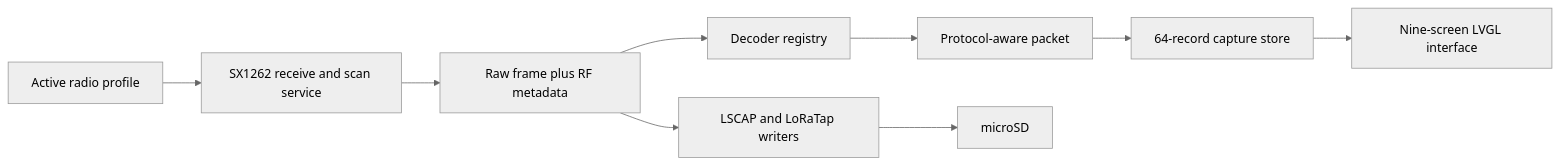
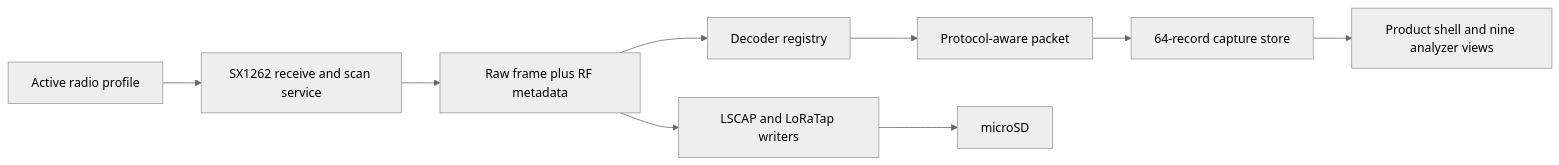
One commit to maxmoneycash/lilyshark changed the diagram in README.md. Above: the diagram before and after it, drawn with Mermaid (neutral theme). The commit also changed other lines of this file and 11 other files, not shown here.

````diff
--- a/README.md
+++ b/README.md
@@ -190,11 +277,11 @@
 ```mermaid
 flowchart LR
     A[Active radio profile] --> B[SX1262 receive and scan service]
     B --> C[Raw frame plus RF metadata]
     C --> D[Decoder registry]
     D --> E[Protocol-aware packet]
     C --> F[LSCAP and LoRaTap writers]
     E --> G[64-record capture store]
-    G --> H[Nine-screen LVGL interface]
+    G --> H[Product shell and nine analyzer views]
     F --> I[microSD]
 ```
````
